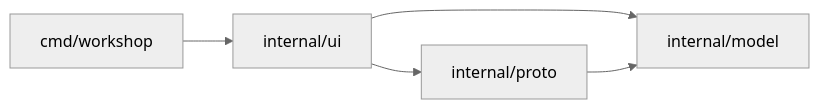
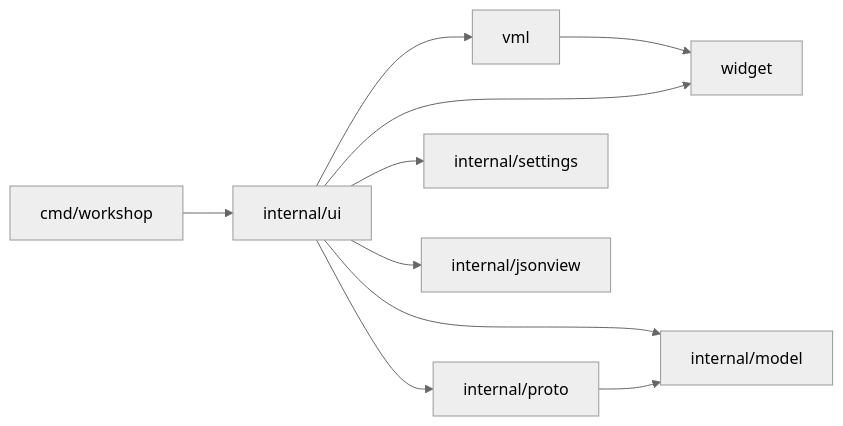
The diagram in .harness/architecture.md (gascoigne-ai/gascoigne-workshop), drawn with Mermaid (neutral theme) before and after one commit. The commit also changed other lines of this file and 32 other files, not shown here.

First line of the commit message:
refactor: split widget toolkit and VML view DSL from the app

````diff
--- a/.harness/architecture.md
+++ b/.harness/architecture.md
@@ -5,7 +5,12 @@
 ```mermaid
 flowchart LR
-  ui["internal/ui"] --> proto["internal/proto"]
+  cmd["cmd/workshop"] --> ui["internal/ui"]
+  ui --> vml["vml"]
+  ui --> proto["internal/proto"]
   ui --> model["internal/model"]
+  ui --> settings["internal/settings"]
+  ui --> jsonview["internal/jsonview"]
   proto --> model
-  cmd["cmd/workshop"] --> ui
+  vml --> widget["widget"]
+  ui --> widget
 ```
````
